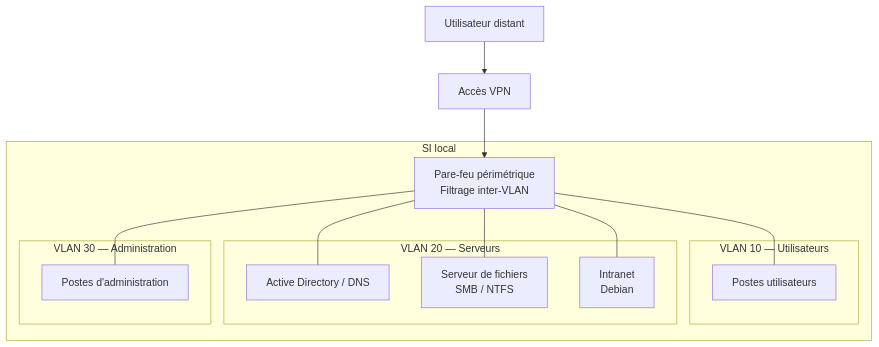
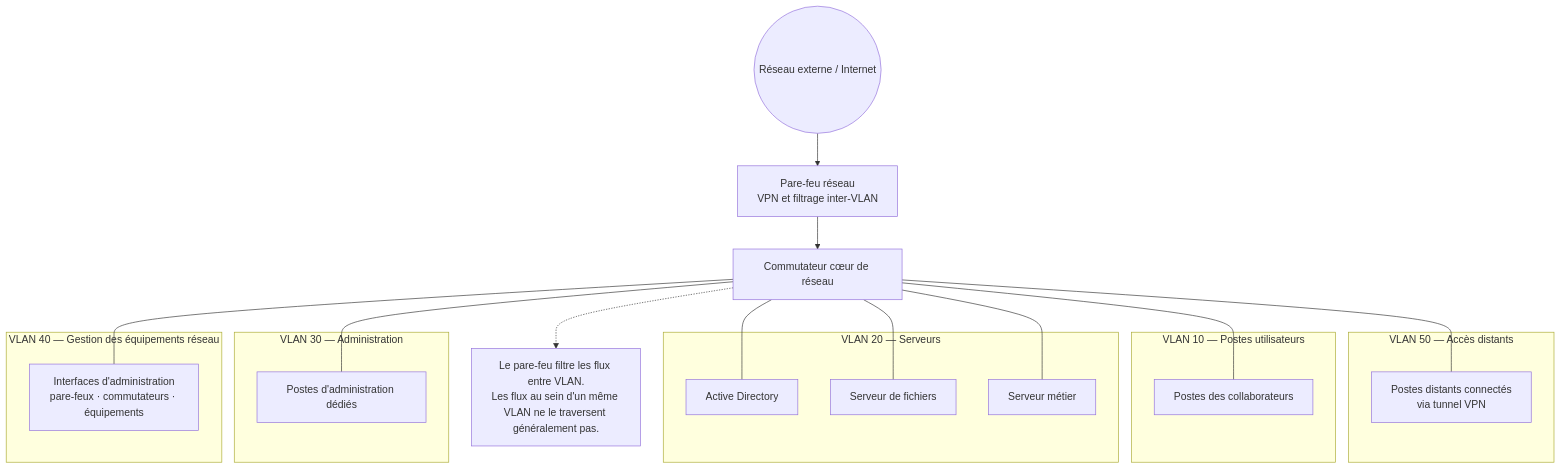
One commit to Chanc-111/Chanc-111 changed the diagram in projects/01-zero-trust-architecture/diagrams/01-existing-architecture.mmd. Above: the diagram before and after it, drawn with Mermaid.

Commit message:
Correct existing architecture diagram with five VLANs

```diff
--- a/projects/01-zero-trust-architecture/diagrams/01-existing-architecture.mmd
+++ b/projects/01-zero-trust-architecture/diagrams/01-existing-architecture.mmd
@@ -1,22 +1,39 @@
 flowchart TB
-    VPN["Utilisateur distant"] --> ACCESS["Accès VPN"]
-    subgraph LAN["SI local"]
-        FW["Pare-feu périmétrique<br/>Filtrage inter-VLAN"]
-        subgraph V10["VLAN 10 — Utilisateurs"]
-            USER["Postes utilisateurs"]
-        end
-        subgraph V20["VLAN 20 — Serveurs"]
-            AD["Active Directory / DNS"]
-            FILES["Serveur de fichiers<br/>SMB / NTFS"]
-            WEB["Intranet<br/>Debian"]
-        end
-        subgraph V30["VLAN 30 — Administration"]
-            ADMIN["Postes d'administration"]
-        end
-        FW --- USER
-        FW --- AD
-        FW --- FILES
-        FW --- WEB
-        FW --- ADMIN
+    WAN(("Réseau externe / Internet"))
+    FW["Pare-feu réseau<br/>VPN et filtrage inter-VLAN"]
+    CORE["Commutateur cœur de réseau"]
+
+    subgraph V50["VLAN 50 — Accès distants"]
+        VPN["Postes distants connectés<br/>via tunnel VPN"]
     end
-    ACCESS --> FW
+
+    subgraph V10["VLAN 10 — Postes utilisateurs"]
+        USERS["Postes des collaborateurs"]
+    end
+
+    subgraph V20["VLAN 20 — Serveurs"]
+        AD["Active Directory"]
+        FILES["Serveur de fichiers"]
+        APP["Serveur métier"]
+    end
+
+    subgraph V30["VLAN 30 — Administration"]
+        ADM["Postes d'administration dédiés"]
+    end
+
+    subgraph V40["VLAN 40 — Gestion des équipements réseau"]
+        MGMT["Interfaces d'administration<br/>pare-feux · commutateurs · équipements"]
+    end
+
+    WAN --> FW
+    FW --> CORE
+    CORE --- VPN
+    CORE --- USERS
+    CORE --- AD
+    CORE --- FILES
+    CORE --- APP
+    CORE --- ADM
+    CORE --- MGMT
+
+    NOTE["Le pare-feu filtre les flux entre VLAN.<br/>Les flux au sein d'un même VLAN ne le traversent généralement pas."]
+    CORE -.-> NOTE
```
